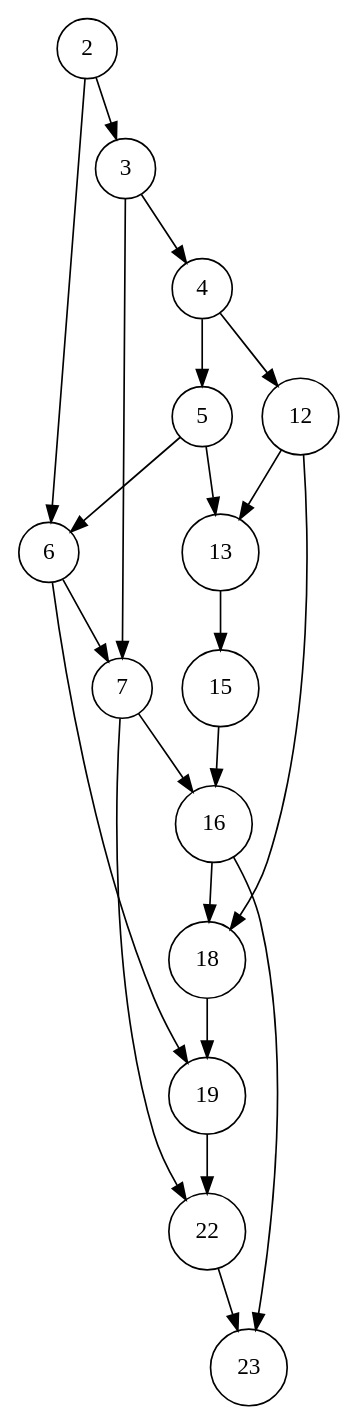
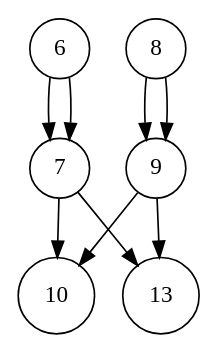
One commit to gintskk/execution-log-parser changed the diagram in execution_6.dot. Above: the diagram before and after it, drawn with Graphviz. The commit also changed 19 other files, not shown here.

```diff
--- a/execution_6.dot
+++ b/execution_6.dot
@@ -1,24 +1,11 @@
 digraph execution {
   node [shape=circle];
-  19 -> 22;
-  13 -> 15;
-  22 -> 23;
+  7 -> 10;
+  7 -> 13;
   6 -> 7;
-  6 -> 19;
-  3 -> 4;
-  3 -> 7;
-  2 -> 3;
-  2 -> 6;
-  12 -> 13;
-  12 -> 18;
-  7 -> 22;
-  7 -> 16;
-  18 -> 19;
-  5 -> 6;
-  5 -> 13;
-  16 -> 18;
-  16 -> 23;
-  4 -> 5;
-  4 -> 12;
-  15 -> 16;
+  6 -> 7;
+  9 -> 13;
+  9 -> 10;
+  8 -> 9;
+  8 -> 9;
 }
```
